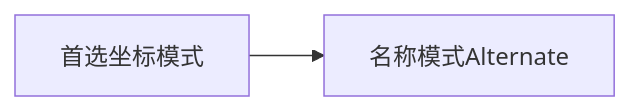
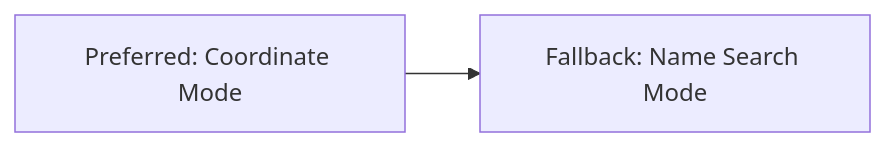
The diagram in repo/js/AutoLoopUseFood/README.md (krammarkro/bettergi-scripts-list-en), drawn with Mermaid before and after one commit. The commit also changed other lines of this file and 91 other files, not shown here.

````diff
--- a/repo/js/AutoLoopUseFood/README.md
+++ b/repo/js/AutoLoopUseFood/README.md
@@ -71,4 +71,4 @@
-    ```mermaid
-    graph LR
-    A[首选坐标模式] --> B[名称模式Alternate]
-    ```
+   ```mermaid
+   graph LR
+   A["Preferred: Coordinate Mode"] --> B["Fallback: Name Search Mode"]
+   ```
````
